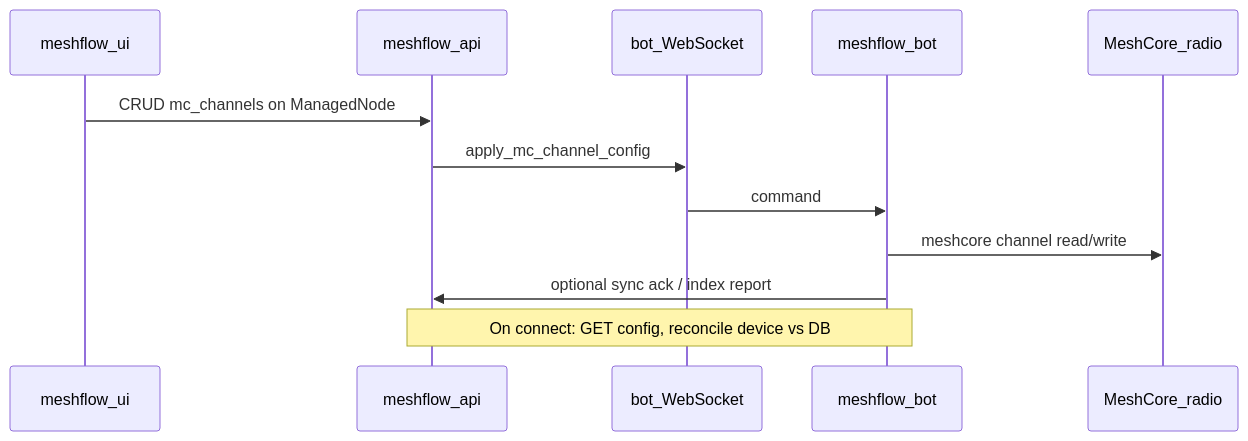
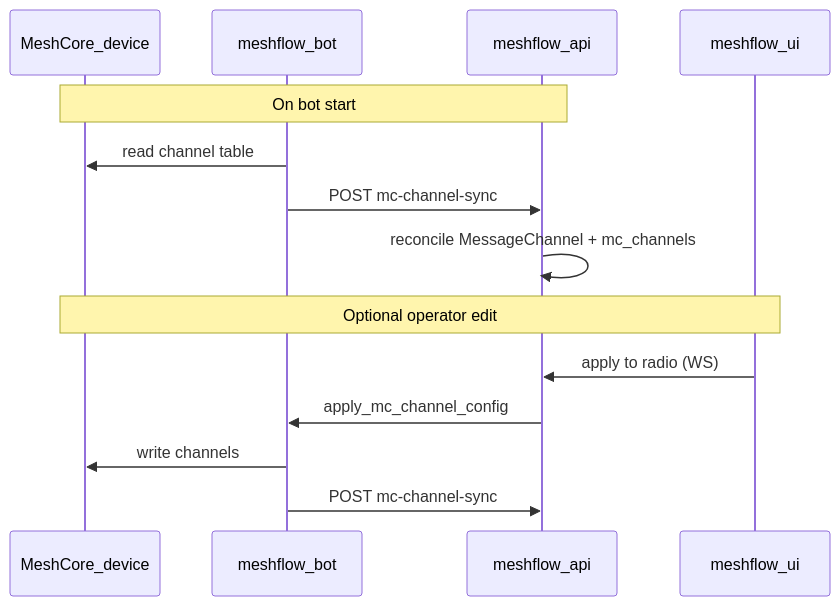
The second of 2 diagrams in docs/features/meshcore/text-message-channels.md (pskillen/meshflow-api), drawn with Mermaid before and after one commit. The commit also changed other lines of this file and 5 other files, not shown here.

First line of the commit message:
docs(meshcore): Phase 2.2 text/channels design and device-first channel sync

````diff
--- a/docs/features/meshcore/text-message-channels.md
+++ b/docs/features/meshcore/text-message-channels.md
@@ -59,15 +60,18 @@
 ```mermaid
 sequenceDiagram
+  participant Radio as MeshCore_device
+  participant Bot as meshflow_bot
+  participant API as meshflow_api
   participant UI as meshflow_ui
-  participant API as meshflow_api
-  participant WS as bot_WebSocket
-  participant Bot as meshflow_bot
-  participant Radio as MeshCore_radio
 
-  UI->>API: CRUD mc_channels on ManagedNode
-  API->>WS: apply_mc_channel_config
-  WS->>Bot: command
-  Bot->>Radio: meshcore channel read/write
-  Bot->>API: optional sync ack / index report
-  Note over Bot,API: On connect: GET config, reconcile device vs DB
+  Note over Radio,API: On bot start
+  Bot->>Radio: read channel table
+  Bot->>API: POST mc-channel-sync
+  API->>API: reconcile MessageChannel + mc_channels
+
+  Note over UI,Radio: Optional operator edit
+  UI->>API: apply to radio (WS)
+  API->>Bot: apply_mc_channel_config
+  Bot->>Radio: write channels
+  Bot->>API: POST mc-channel-sync
 ```
````
